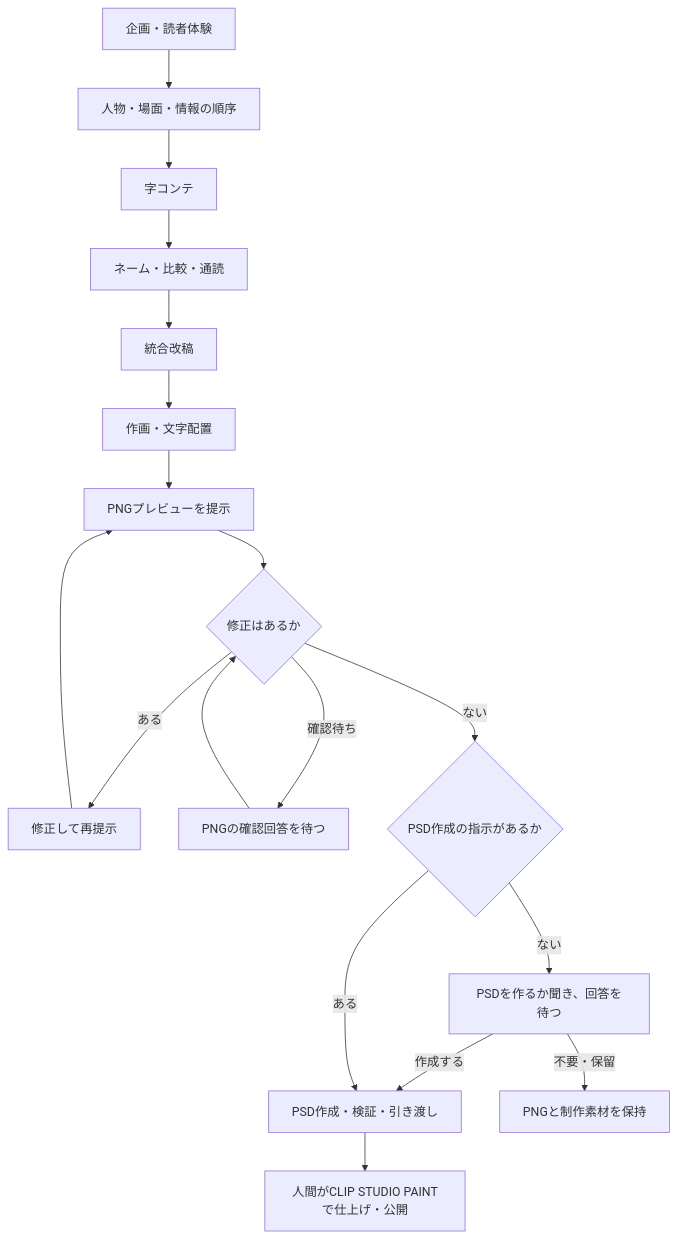
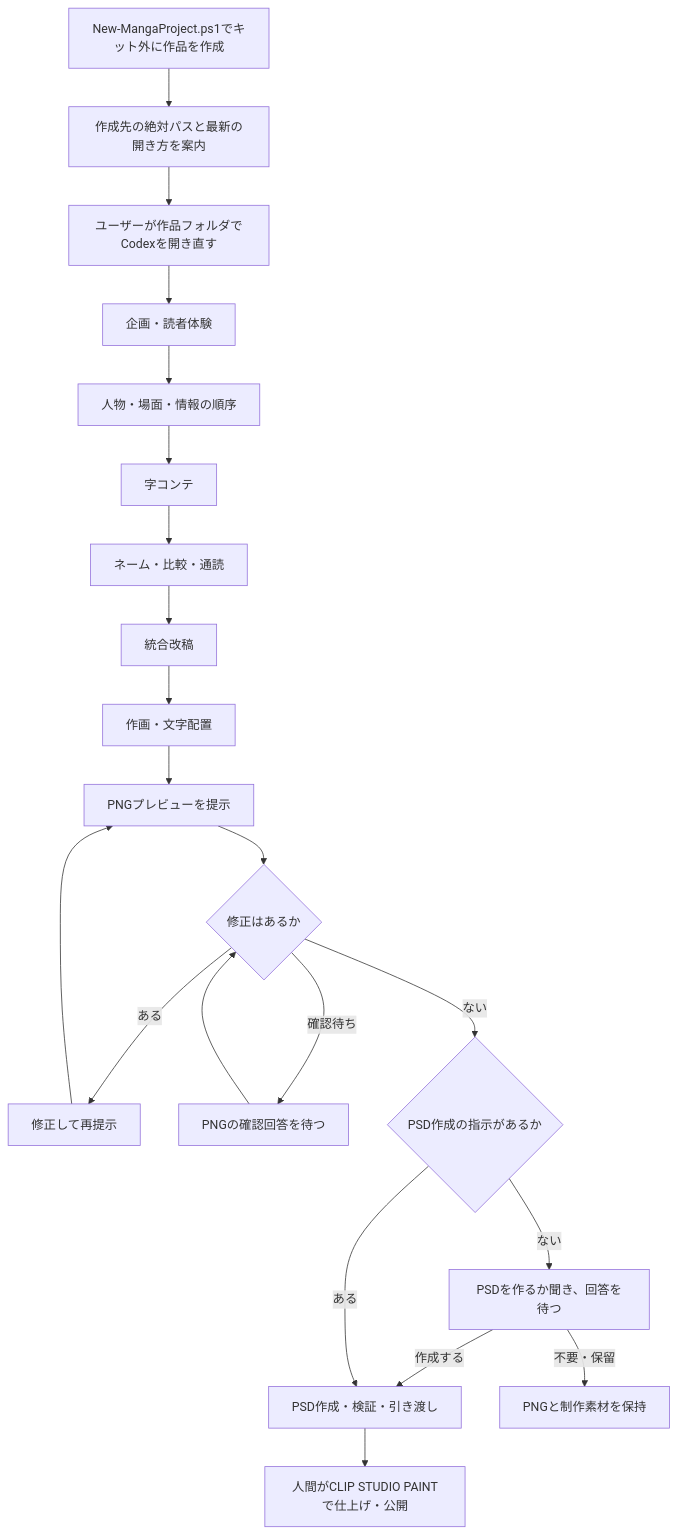
The diagram in README.md (potechitakusan/MangaAgentsStudio-A), drawn with Mermaid before and after one commit. The commit also changed other lines of this file and 24 other files, not shown here.

````diff
--- a/README.md
+++ b/README.md
@@ -15,20 +19,23 @@
 ```mermaid
 flowchart TD
+    P[New-MangaProject.ps1でキット外に作品を作成] --> Q[作成先の絶対パスと最新の開き方を案内]
+    Q --> R[ユーザーが作品フォルダでCodexを開き直す]
+    R --> A
     A[企画・読者体験] --> B[人物・場面・情報の順序]
     B --> C[字コンテ]
     C --> D[ネーム・比較・通読]
     D --> E[統合改稿]
     E --> F[作画・文字配置]
     F --> G[PNGプレビューを提示]
     G --> H{修正はあるか}
     H -->|ある| I[修正して再提示]
     I --> G
     H -->|確認待ち| O[PNGの確認回答を待つ]
     O --> H
     H -->|ない| J{PSD作成の指示があるか}
     J -->|ない| K[PSDを作るか聞き、回答を待つ]
     K -->|作成する| L[PSD作成・検証・引き渡し]
     J -->|ある| L
     K -->|不要・保留| M[PNGと制作素材を保持]
     L --> N[人間がCLIP STUDIO PAINTで仕上げ・公開]
 ```
````
